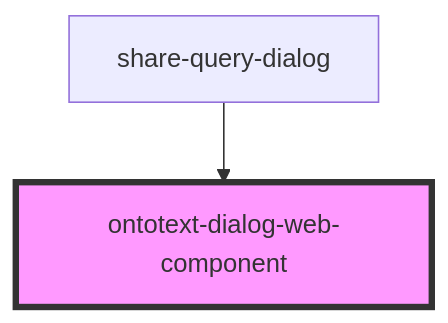
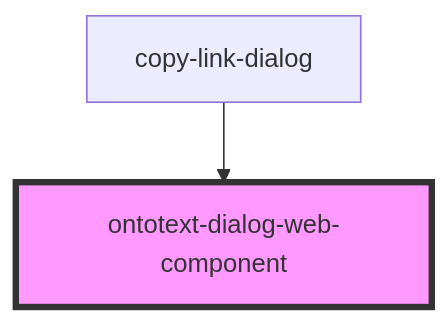
Before and after one commit to Ontotext-AD/ontotext-yasgui: the diagram in ontotext-yasgui-web-component/src/components/ontotext-dialog-web-component/readme.md, drawn with Mermaid. The commit also changed other lines of this file and 34 other files, not shown here.

````diff
--- a/ontotext-yasgui-web-component/src/components/ontotext-dialog-web-component/readme.md
+++ b/ontotext-yasgui-web-component/src/components/ontotext-dialog-web-component/readme.md
@@ -22,5 +22,5 @@
 ```mermaid
 graph TD;
-  share-query-dialog --> ontotext-dialog-web-component
+  copy-link-dialog --> ontotext-dialog-web-component
   style ontotext-dialog-web-component fill:#f9f,stroke:#333,stroke-width:4px
 ```
````
